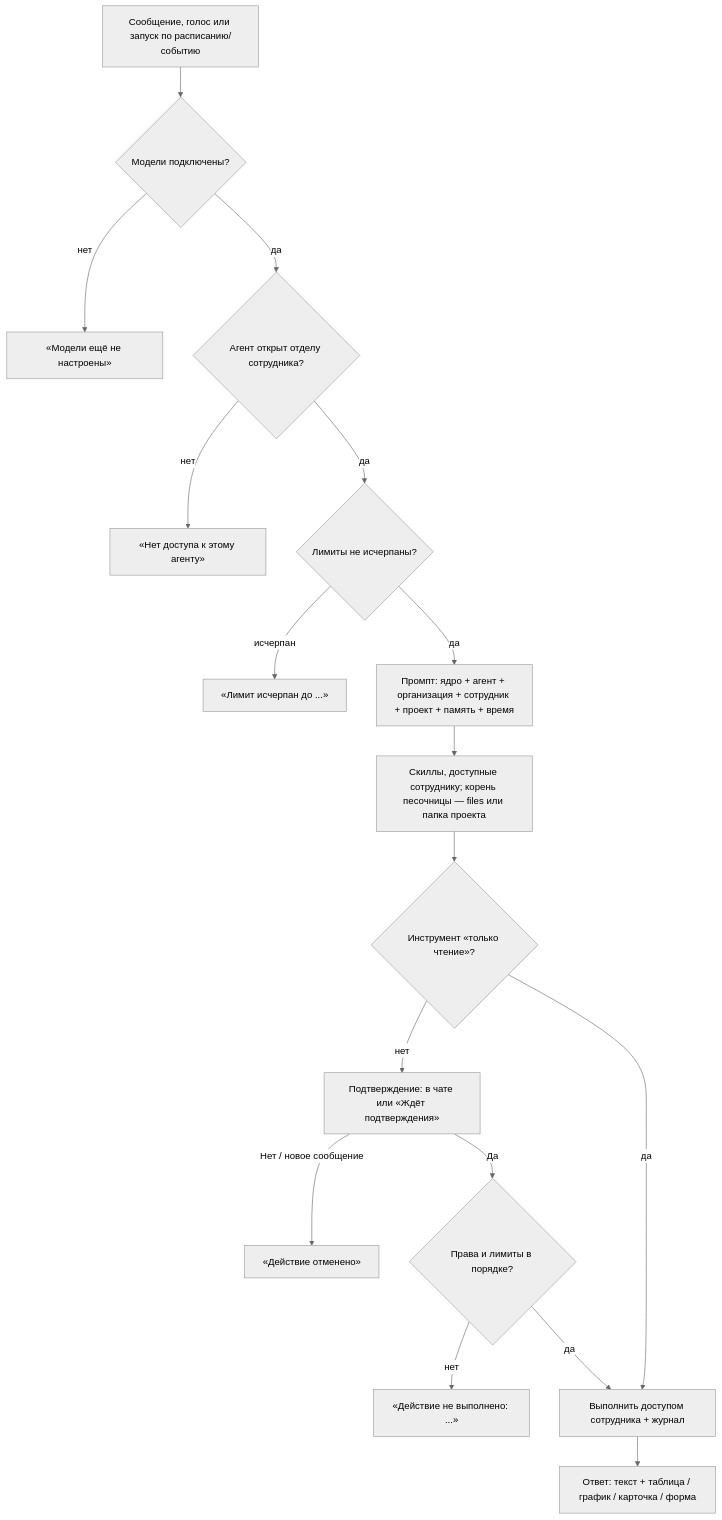
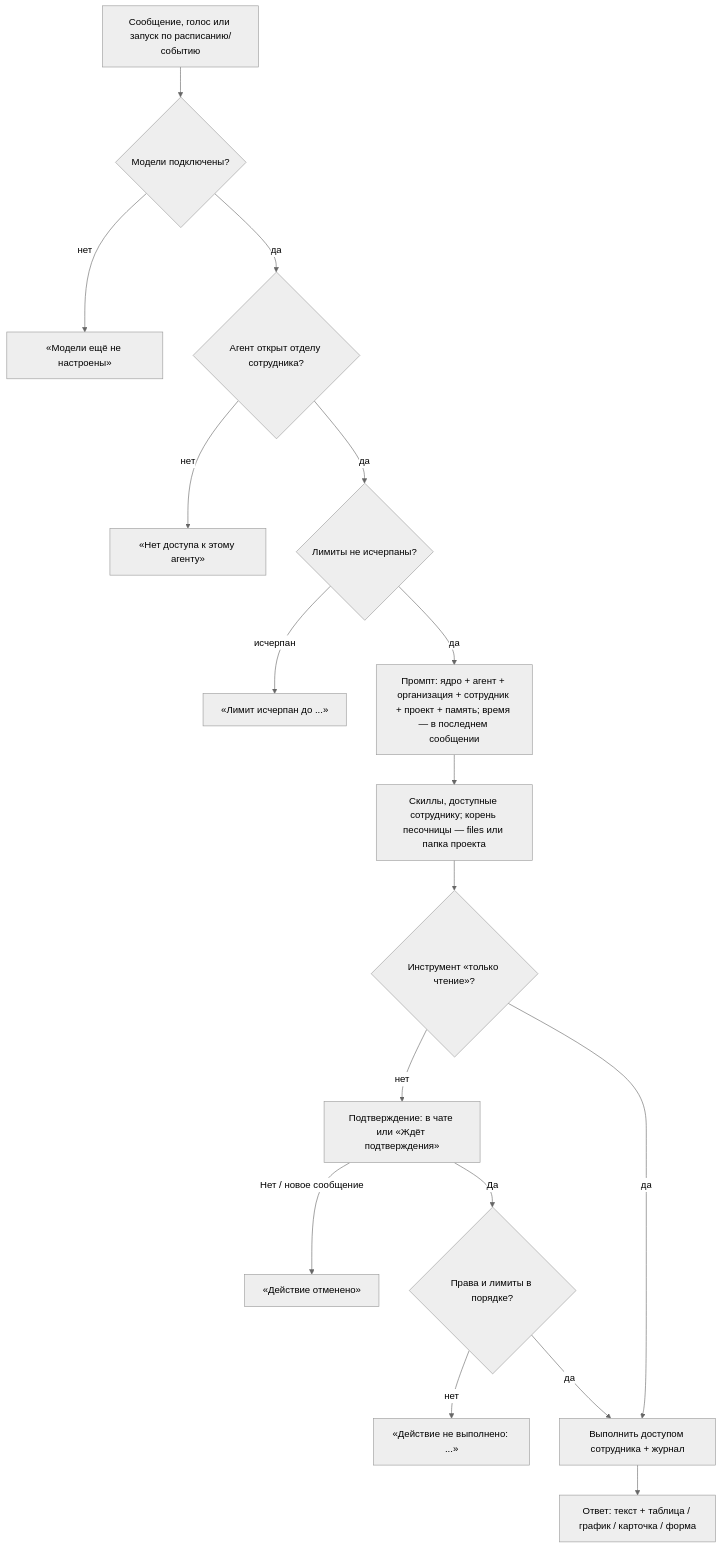
The first of 4 diagrams in docs/specs/[12.11.2026]-agent-base-architecture.md (nyxandro/basic-business-agent), drawn with Mermaid (neutral theme) before and after one commit. The commit also changed other lines of this file and 19 other files, not shown here.

````diff
--- a/docs/specs/[12.11.2026]-agent-base-architecture.md
+++ b/docs/specs/[12.11.2026]-agent-base-architecture.md
@@ -361,19 +361,19 @@
 ```mermaid
 flowchart TD
   A[Сообщение, голос или запуск по расписанию/событию] --> M{Модели подключены?}
   M -->|нет| X0[«Модели ещё не настроены»]
   M -->|да| B{Агент открыт отделу сотрудника?}
   B -->|нет| X1[«Нет доступа к этому агенту»]
   B -->|да| C{Лимиты не исчерпаны?}
   C -->|исчерпан| X2[«Лимит исчерпан до ...»]
-  C -->|да| D[Промпт: ядро + агент + организация + сотрудник + проект + память + время]
+  C -->|да| D[Промпт: ядро + агент + организация + сотрудник + проект + память; время — в последнем сообщении]
   D --> S[Скиллы, доступные сотруднику; корень песочницы — files или папка проекта]
   S --> E{Инструмент «только чтение»?}
   E -->|нет| F[Подтверждение: в чате или «Ждёт подтверждения»]
   F -->|Нет / новое сообщение| G[«Действие отменено»]
   F -->|Да| R{Права и лимиты в порядке?}
   R -->|нет| X4[«Действие не выполнено: ...»]
   R -->|да| H[Выполнить доступом сотрудника + журнал]
   E -->|да| H
   H --> I[Ответ: текст + таблица / график / карточка / форма]
 ```
````
